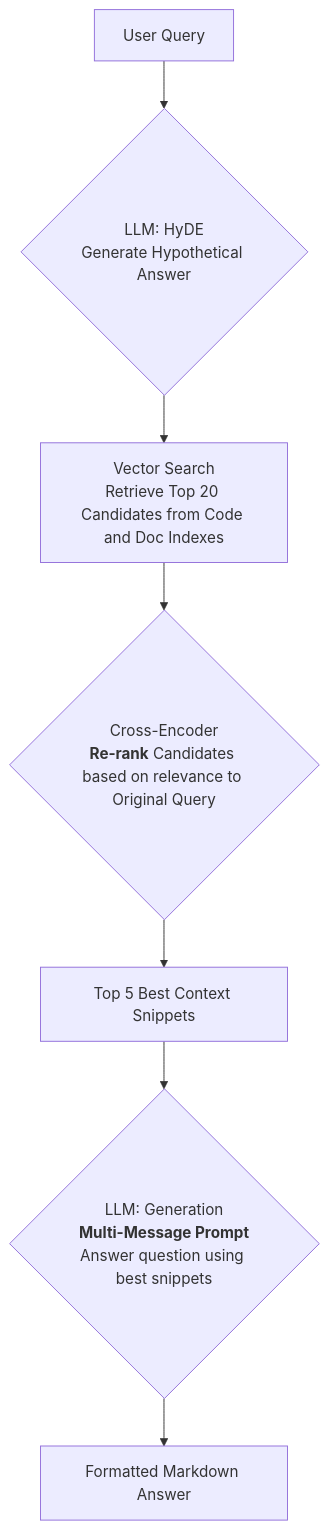
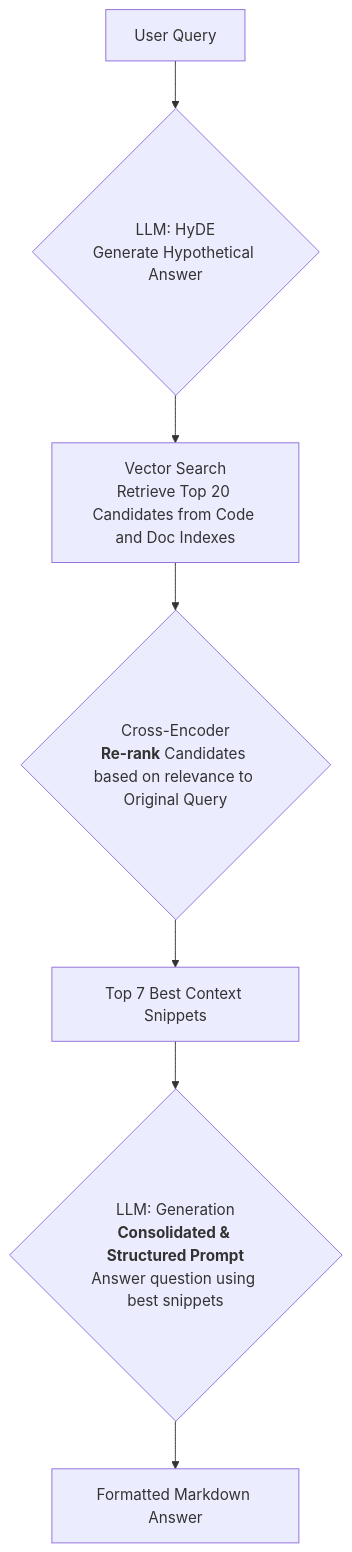
Before and after one commit to ventus34/local-rag: the diagram in readme.md, drawn with Mermaid. The commit also changed other lines of this file and 4 other files, not shown here.

````diff
--- a/readme.md
+++ b/readme.md
@@ -33,9 +35,9 @@
 ```mermaid
 graph TD
     A[User Query] --> B{LLM: HyDE<br>Generate Hypothetical Answer};
     B --> C[Vector Search<br>Retrieve Top 20 Candidates from Code and Doc Indexes];
     C --> D{Cross-Encoder<br><b>Re-rank</b> Candidates based on relevance to Original Query};
-    D --> E[Top 5 Best Context Snippets];
-    E --> F{LLM: Generation<br><b>Multi-Message Prompt</b><br>Answer question using best snippets};
+    D --> E[Top 7 Best Context Snippets];
+    E --> F{LLM: Generation<br><b>Consolidated & Structured Prompt</b><br>Answer question using best snippets};
     F --> G[Formatted Markdown Answer];
 ```
````
